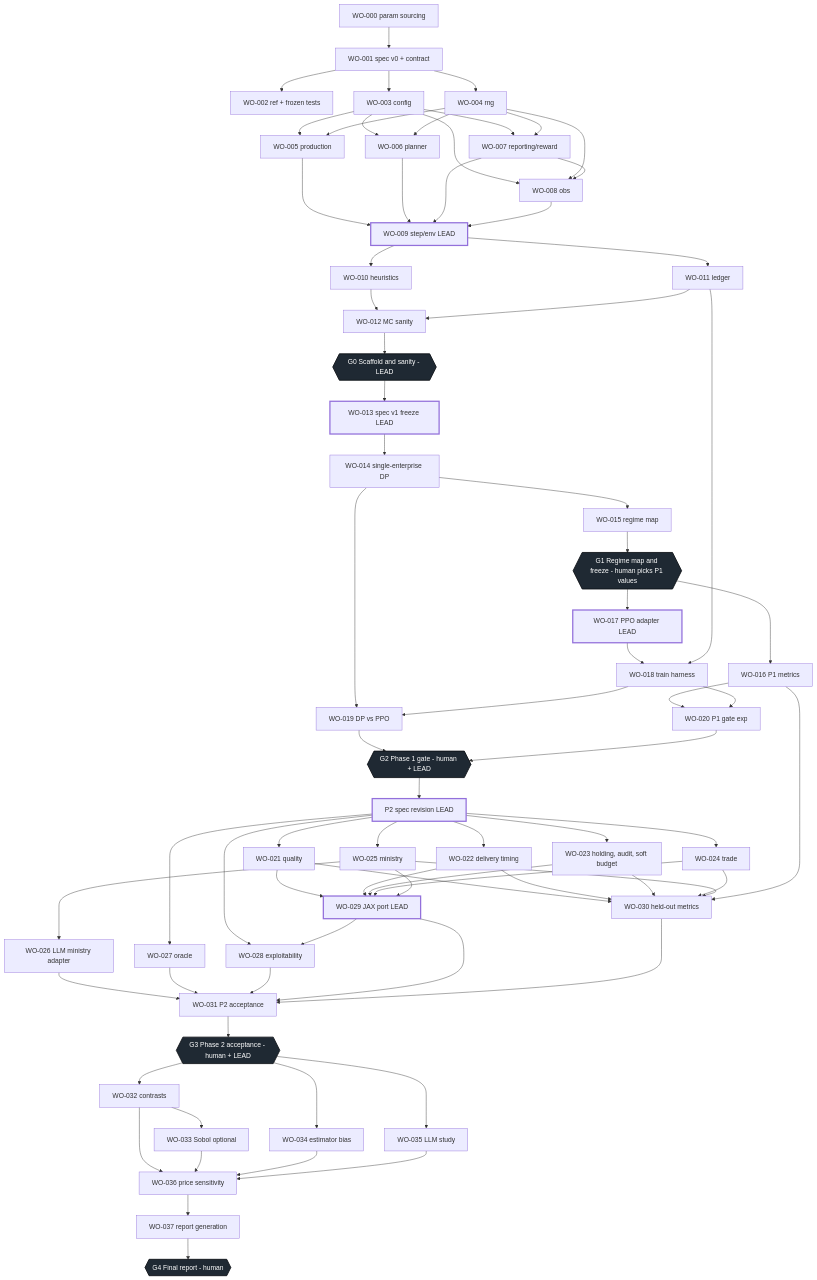
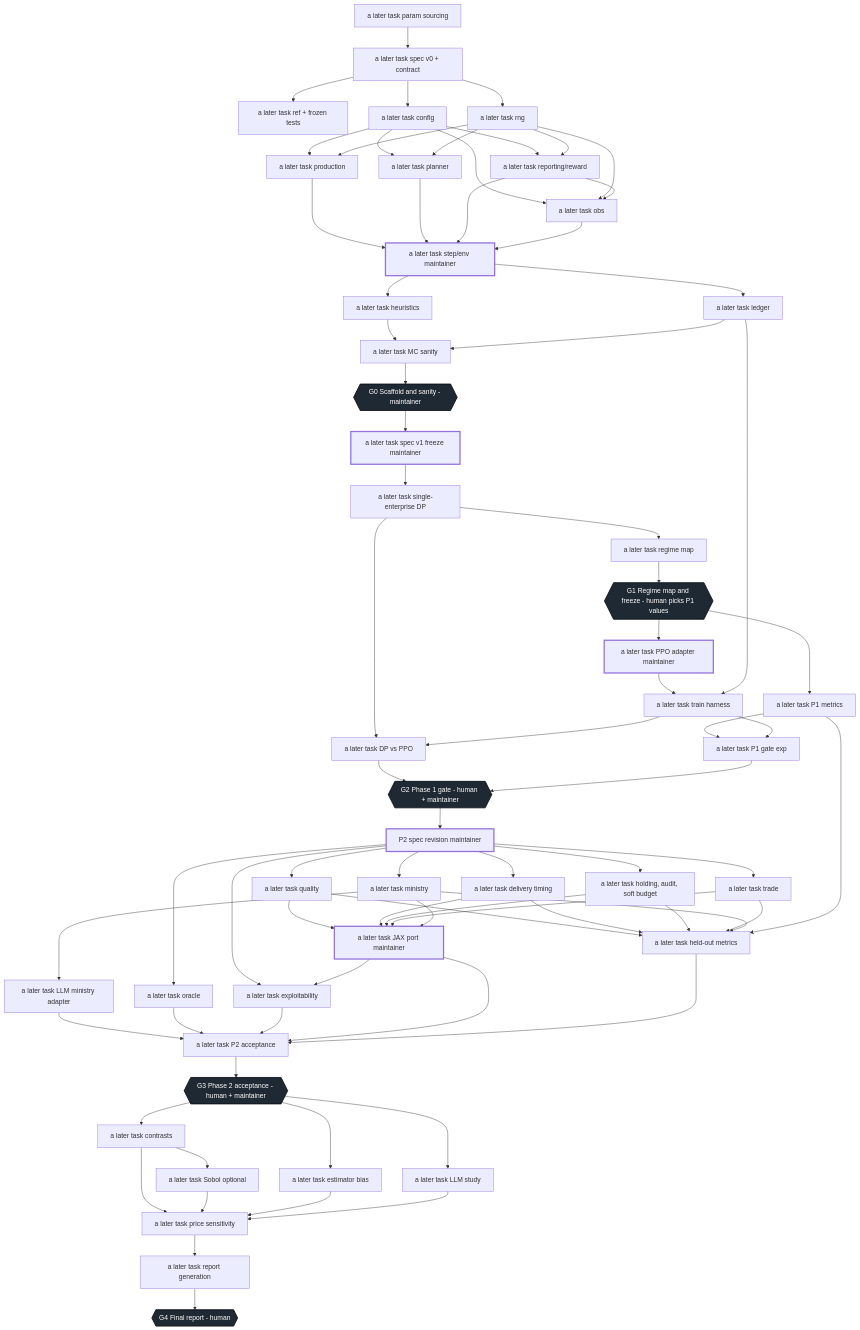
One commit to Xocas12/gosplan-env changed the diagram in ROADMAP.md. Above: the diagram before and after it, drawn with Mermaid. The commit also changed other lines of this file and 142 other files, not shown here.

````diff
--- a/ROADMAP.md
+++ b/ROADMAP.md
@@ -97,81 +97,81 @@
 ```mermaid
 flowchart TD
-  WO000["WO-000 param sourcing"] --> WO001["WO-001 spec v0 + contract"]
-  WO001 --> WO002["WO-002 ref + frozen tests"]
-  WO001 --> WO003["WO-003 config"]
-  WO001 --> WO004["WO-004 rng"]
-  WO003 --> WO005["WO-005 production"]
-  WO003 --> WO006["WO-006 planner"]
-  WO003 --> WO007["WO-007 reporting/reward"]
-  WO003 --> WO008["WO-008 obs"]
+  WO000["a later task param sourcing"] --> WO001["a later task spec v0 + contract"]
+  WO001 --> WO002["a later task ref + frozen tests"]
+  WO001 --> WO003["a later task config"]
+  WO001 --> WO004["a later task rng"]
+  WO003 --> WO005["a later task production"]
+  WO003 --> WO006["a later task planner"]
+  WO003 --> WO007["a later task reporting/reward"]
+  WO003 --> WO008["a later task obs"]
   WO004 --> WO005
   WO004 --> WO006
   WO004 --> WO007
   WO004 --> WO008
   WO007 --> WO008
-  WO005 --> WO009["WO-009 step/env LEAD"]
+  WO005 --> WO009["a later task step/env maintainer"]
   WO006 --> WO009
   WO007 --> WO009
   WO008 --> WO009
-  WO009 --> WO010["WO-010 heuristics"]
-  WO009 --> WO011["WO-011 ledger"]
-  WO010 --> WO012["WO-012 MC sanity"]
+  WO009 --> WO010["a later task heuristics"]
+  WO009 --> WO011["a later task ledger"]
+  WO010 --> WO012["a later task MC sanity"]
   WO011 --> WO012
-  WO012 --> G0{{"G0 Scaffold and sanity - LEAD"}}
+  WO012 --> G0{{"G0 Scaffold and sanity - maintainer"}}
 
-  G0 --> WO013["WO-013 spec v1 freeze LEAD"]
-  WO013 --> WO014["WO-014 single-enterprise DP"]
-  WO014 --> WO015["WO-015 regime map"]
+  G0 --> WO013["a later task spec v1 freeze maintainer"]
+  WO013 --> WO014["a later task single-enterprise DP"]
+  WO014 --> WO015["a later task regime map"]
   WO015 --> G1{{"G1 Regime map and freeze - human picks P1 values"}}
 
-  G1 --> WO016["WO-016 P1 metrics"]
-  G1 --> WO017["WO-017 PPO adapter LEAD"]
-  WO017 --> WO018["WO-018 train harness"]
+  G1 --> WO016["a later task P1 metrics"]
+  G1 --> WO017["a later task PPO adapter maintainer"]
+  WO017 --> WO018["a later task train harness"]
   WO011 --> WO018
-  WO014 --> WO019["WO-019 DP vs PPO"]
+  WO014 --> WO019["a later task DP vs PPO"]
   WO018 --> WO019
-  WO016 --> WO020["WO-020 P1 gate exp"]
+  WO016 --> WO020["a later task P1 gate exp"]
   WO018 --> WO020
-  WO019 --> G2{{"G2 Phase 1 gate - human + LEAD"}}
+  WO019 --> G2{{"G2 Phase 1 gate - human + maintainer"}}
   WO020 --> G2
 
-  G2 --> P2SPEC["P2 spec revision LEAD"]
-  P2SPEC --> WO021["WO-021 quality"]
-  P2SPEC --> WO022["WO-022 delivery timing"]
-  P2SPEC --> WO023["WO-023 holding, audit, soft budget"]
-  P2SPEC --> WO024["WO-024 trade"]
-  P2SPEC --> WO025["WO-025 ministry"]
-  P2SPEC --> WO027["WO-027 oracle"]
-  P2SPEC --> WO028["WO-028 exploitability"]
-  WO025 --> WO026["WO-026 LLM ministry adapter"]
-  WO021 --> WO029["WO-029 JAX port LEAD"]
+  G2 --> P2SPEC["P2 spec revision maintainer"]
+  P2SPEC --> WO021["a later task quality"]
+  P2SPEC --> WO022["a later task delivery timing"]
+  P2SPEC --> WO023["a later task holding, audit, soft budget"]
+  P2SPEC --> WO024["a later task trade"]
+  P2SPEC --> WO025["a later task ministry"]
+  P2SPEC --> WO027["a later task oracle"]
+  P2SPEC --> WO028["a later task exploitability"]
+  WO025 --> WO026["a later task LLM ministry adapter"]
+  WO021 --> WO029["a later task JAX port maintainer"]
   WO022 --> WO029
   WO023 --> WO029
   WO024 --> WO029
   WO025 --> WO029
   WO029 --> WO028
-  WO021 --> WO030["WO-030 held-out metrics"]
+  WO021 --> WO030["a later task held-out metrics"]
   WO022 --> WO030
   WO023 --> WO030
   WO024 --> WO030
   WO025 --> WO030
   WO016 --> WO030
-  WO026 --> WO031["WO-031 P2 acceptance"]
+  WO026 --> WO031["a later task P2 acceptance"]
   WO027 --> WO031
   WO028 --> WO031
   WO029 --> WO031
   WO030 --> WO031
-  WO031 --> G3{{"G3 Phase 2 acceptance - human + LEAD"}}
+  WO031 --> G3{{"G3 Phase 2 acceptance - human + maintainer"}}
 
-  G3 --> WO032["WO-032 contrasts"]
-  G3 --> WO034["WO-034 estimator bias"]
-  G3 --> WO035["WO-035 LLM study"]
-  WO032 --> WO033["WO-033 Sobol optional"]
-  WO032 --> WO036["WO-036 price sensitivity"]
+  G3 --> WO032["a later task contrasts"]
+  G3 --> WO034["a later task estimator bias"]
+  G3 --> WO035["a later task LLM study"]
+  WO032 --> WO033["a later task Sobol optional"]
+  WO032 --> WO036["a later task price sensitivity"]
   WO033 --> WO036
   WO034 --> WO036
   WO035 --> WO036
-  WO036 --> WO037["WO-037 report generation"]
+  WO036 --> WO037["a later task report generation"]
   WO037 --> G4{{"G4 Final report - human"}}
 
   classDef gate fill:#1f2933,stroke:#0b0f14,stroke-width:2px,color:#ffffff;
````
